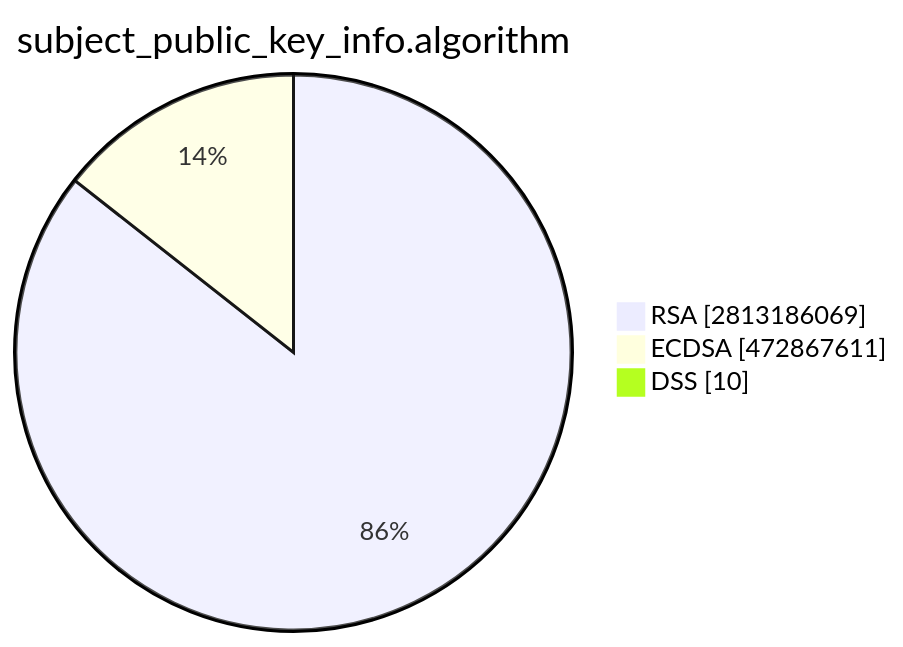
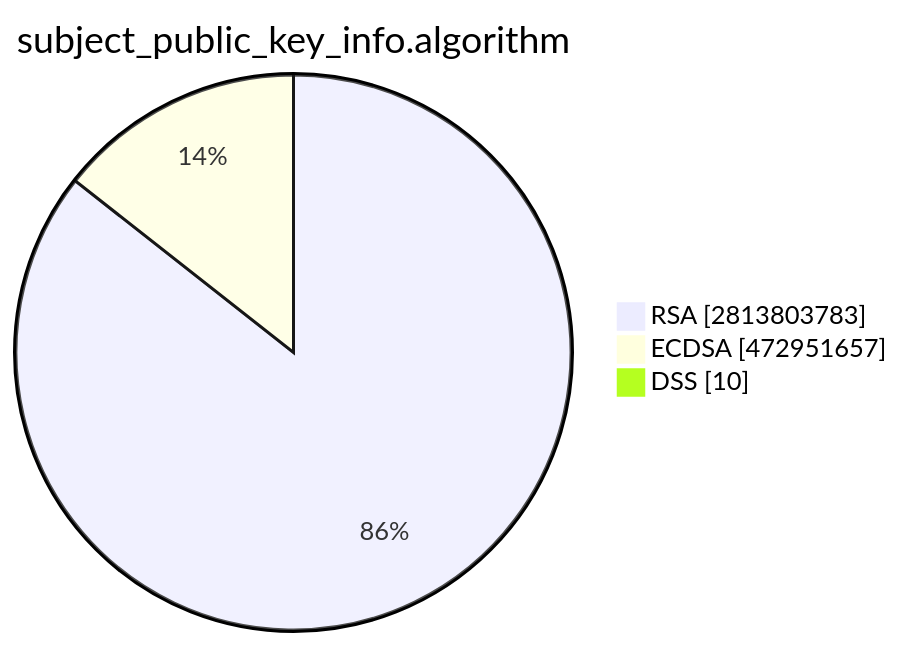
Before and after one commit to christiankrug/ctmonitor_visualization: the second of 15 diagrams in TOTAL/README.md, drawn with Mermaid. The commit also changed other lines of this file, not shown here.

````diff
--- a/TOTAL/README.md
+++ b/TOTAL/README.md
@@ -6,7 +6,7 @@
 ```mermaid
 pie showData
 title subject_public_key_info.algorithm
-"RSA" :2813186069
-"ECDSA" :472867611
+"RSA" :2813803783
+"ECDSA" :472951657
 "DSS" :10
 ```
````
